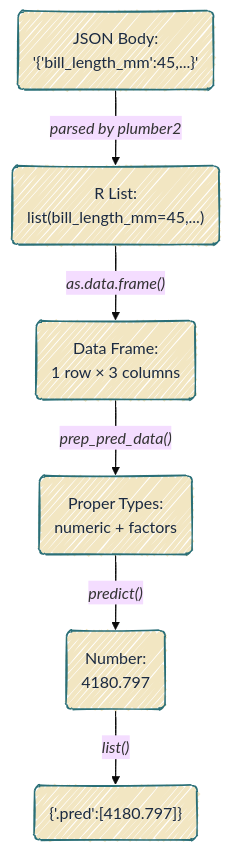
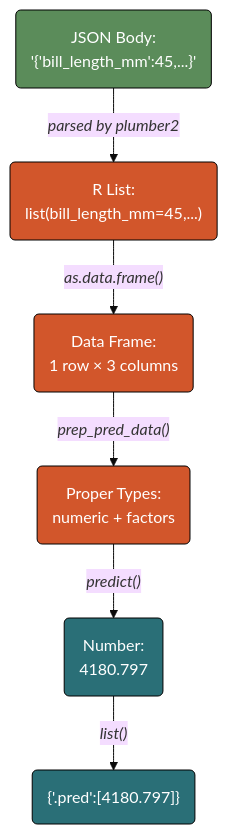
The fourth of 7 diagrams in plumber2.qmd (mjfrigaard/do4ds-labs), drawn with Mermaid before and after one commit. The commit also changed other lines of this file and 48 other files, not shown here.

````diff
--- a/plumber2.qmd
+++ b/plumber2.qmd
@@ -576,19 +582,24 @@
 ```{mermaid}
 %%| fig-width: 7.0
-%%| fig-align: center
-%%{init: {'theme': 'base', 'look': 'handDrawn', 'themeVariables': {'fontFamily': 'monospace'}}}%%
+%%| fig-align: 'center'
+%%{init: {'theme': 'base', 'themeVariables': {'fontFamily': 'monospace'}}}%%
 
 graph TB
     JSON("JSON Body: <br>'{'bill_length_mm':45,...}'")
 
     JSON -->|"<em>parsed by plumber2</em>"| Body("R List:<br>list(bill_length_mm=45,...)")
 
     Body -->|"<em>as.data.frame()</em>"| DF("Data Frame:<br>1 row × 3 columns")
 
     DF -->|"<em>prep_pred_data()</em>"| Factors("Proper Types:<br>numeric + factors")
 
     Factors -->|"<em>predict()</em>"| Result("Number:<br>4180.797")
 
     Result -->|"<em>list()</em>"| Response("{'.pred':[4180.797]}")
-    classDef default fill:#F2E6C2,stroke:#2A6F77,color:#1B2A41
+    style JSON fill:#5B8C5A,stroke:#000000,stroke-width:1px,color:#ffffff
+    style Body fill:#D2562B,stroke:#000000,stroke-width:1px,color:#ffffff
+    style DF fill:#D2562B,stroke:#000000,stroke-width:1px,color:#ffffff
+    style Factors fill:#D2562B,stroke:#000000,stroke-width:1px,color:#ffffff
+    style Result fill:#2A6F77,stroke:#000000,stroke-width:1px,color:#ffffff
+    style Response fill:#2A6F77,stroke:#000000,stroke-width:1px,color:#ffffff
 ```
````
